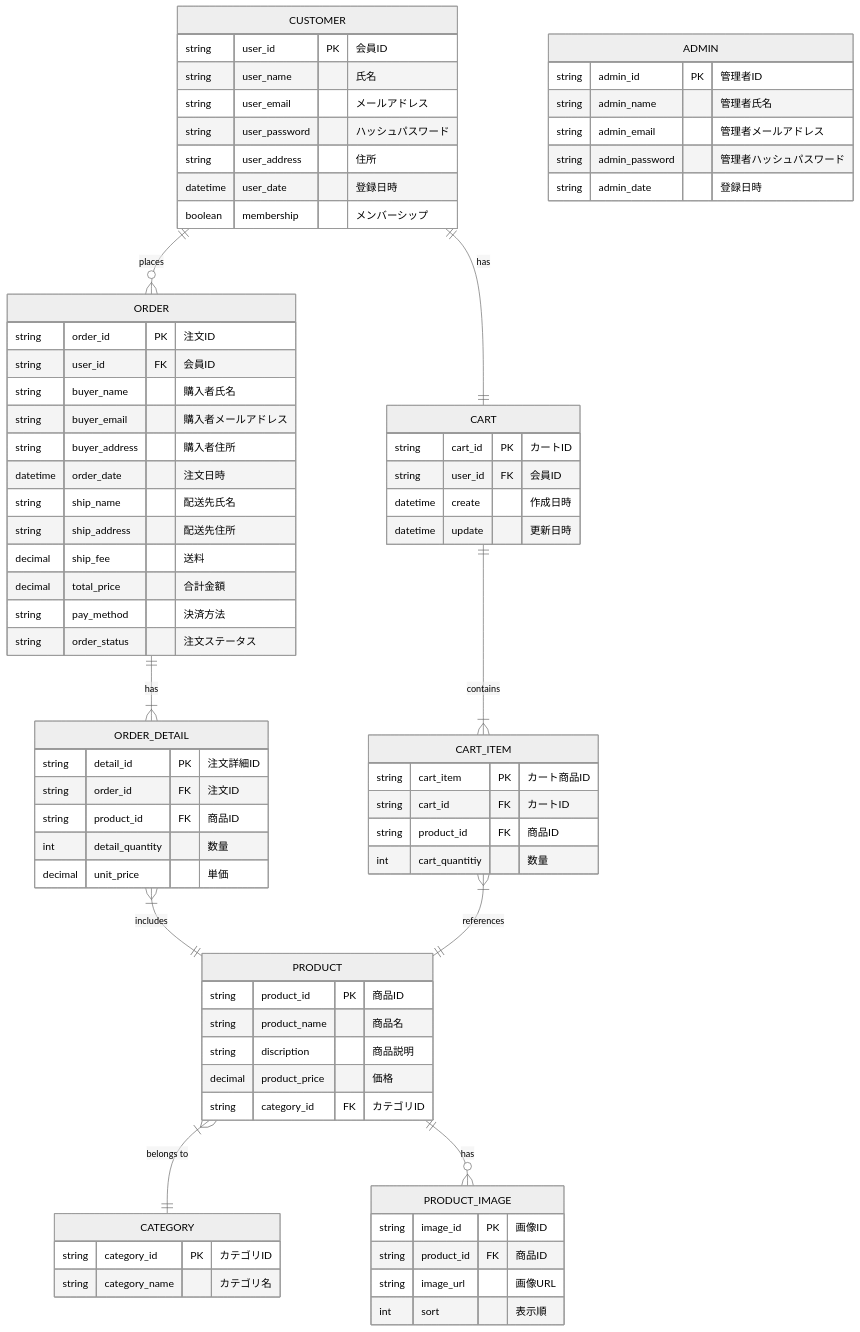
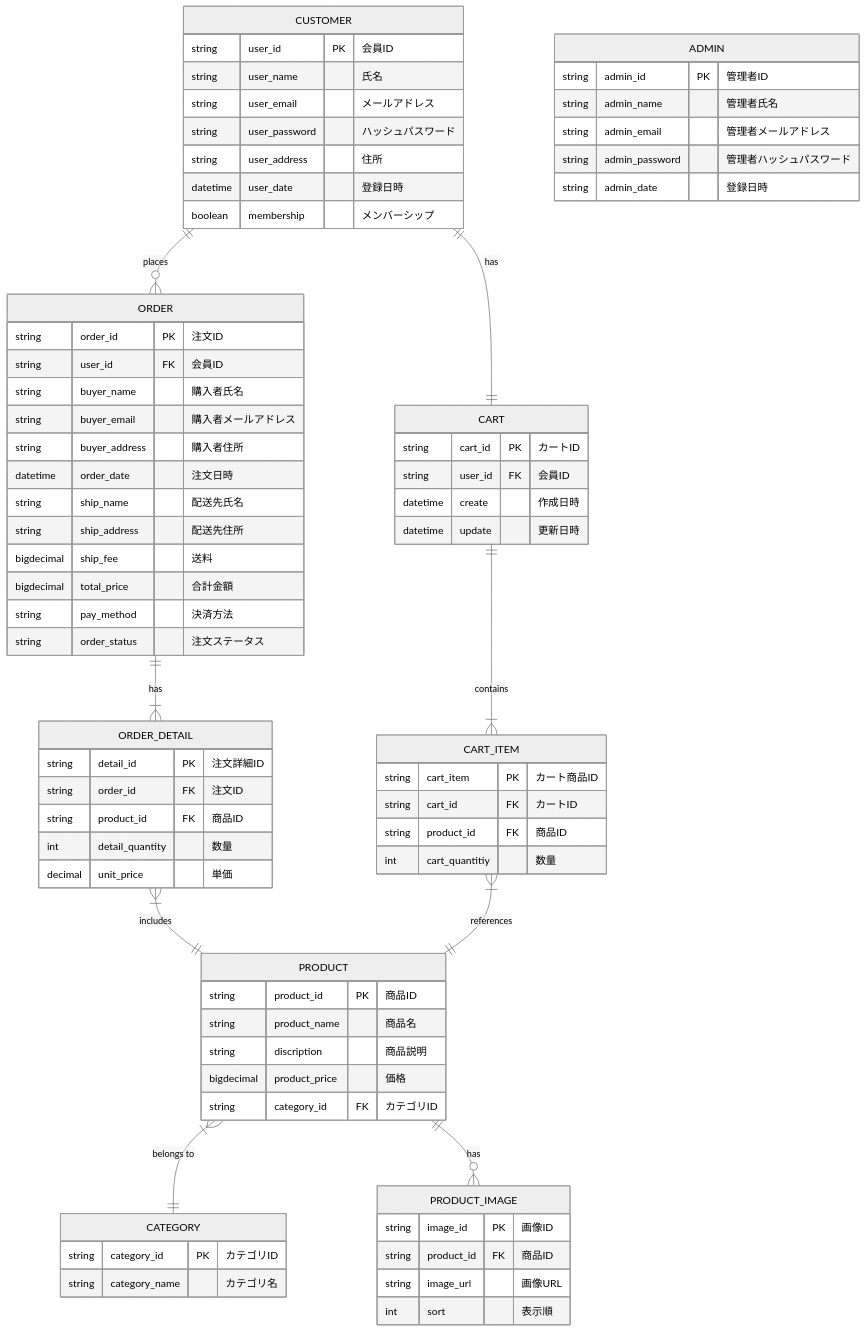
One commit to YUKlT0/Equipe changed the first of 5 diagrams in 基本設計/各担当者ファイル/D.md. Above: the diagram before and after it, drawn with Mermaid (neutral theme). The commit also changed 1 other file, not shown here.

```diff
--- a/基本設計/各担当者ファイル/D.md
+++ b/基本設計/各担当者ファイル/D.md
@@ -41,8 +41,8 @@
         datetime order_date "注文日時"
         string ship_name "配送先氏名"
         string ship_address "配送先住所"
-        decimal ship_fee "送料"
-        decimal total_price "合計金額"
+        bigdecimal ship_fee "送料"
+        bigdecimal total_price "合計金額"
         string pay_method "決済方法"
         string order_status"注文ステータス"
     }
@@ -59,7 +59,7 @@
         string product_id PK "商品ID"
         string product_name "商品名"
         string discription "商品説明"
-        decimal product_price "価格"
+        bigdecimal product_price "価格"
         string category_id FK "カテゴリID" 
     }
 
```
